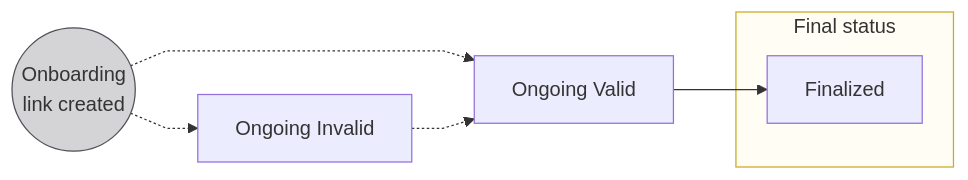
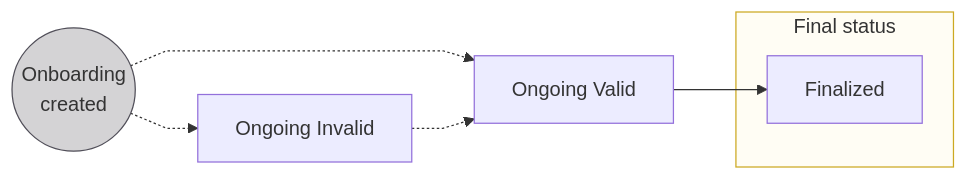
The first of 2 diagrams in docs/topics/onboarding/about.mdx (swan-io/docs), drawn with Mermaid before and after one commit. The commit also changed other lines of this file and 13 other files, not shown here.

````diff
--- a/docs/topics/onboarding/about.mdx
+++ b/docs/topics/onboarding/about.mdx
@@ -43,13 +42,13 @@
 ```mermaid
 %%{ init: { 'flowchart': { 'curve': 'linear' } } }%%
 flowchart LR
-    OLC((Onboarding<br/>link created)) -.-> OI[Ongoing Invalid]
+    OLC((Onboarding<br/>created)) -.-> OI[Ongoing Invalid]
     OLC -.-> OV[Ongoing Valid]
     OI -.-> OV
     OV --> F[Finalized]
     subgraph FS[Final status]
         F
     end
     style OLC fill:#D4D3D5,stroke:#514F59
     style FS fill:#fffdf4,stroke:#cca922
 ```
````
